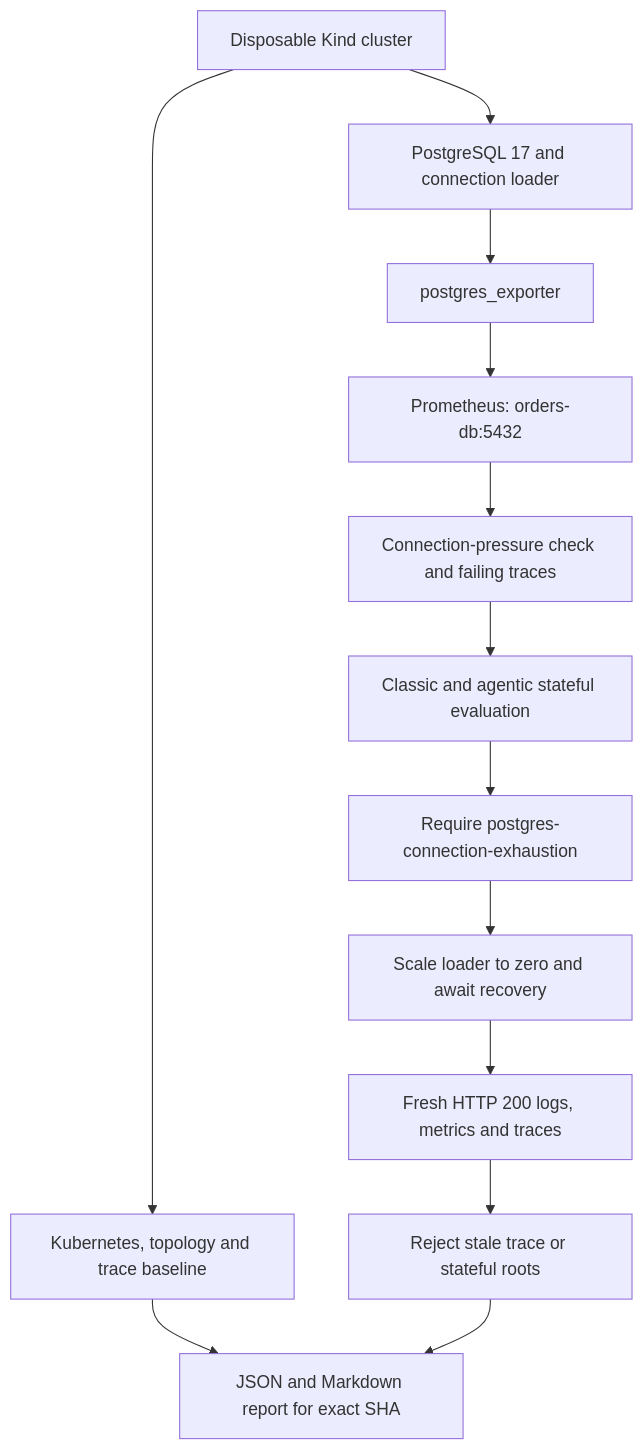
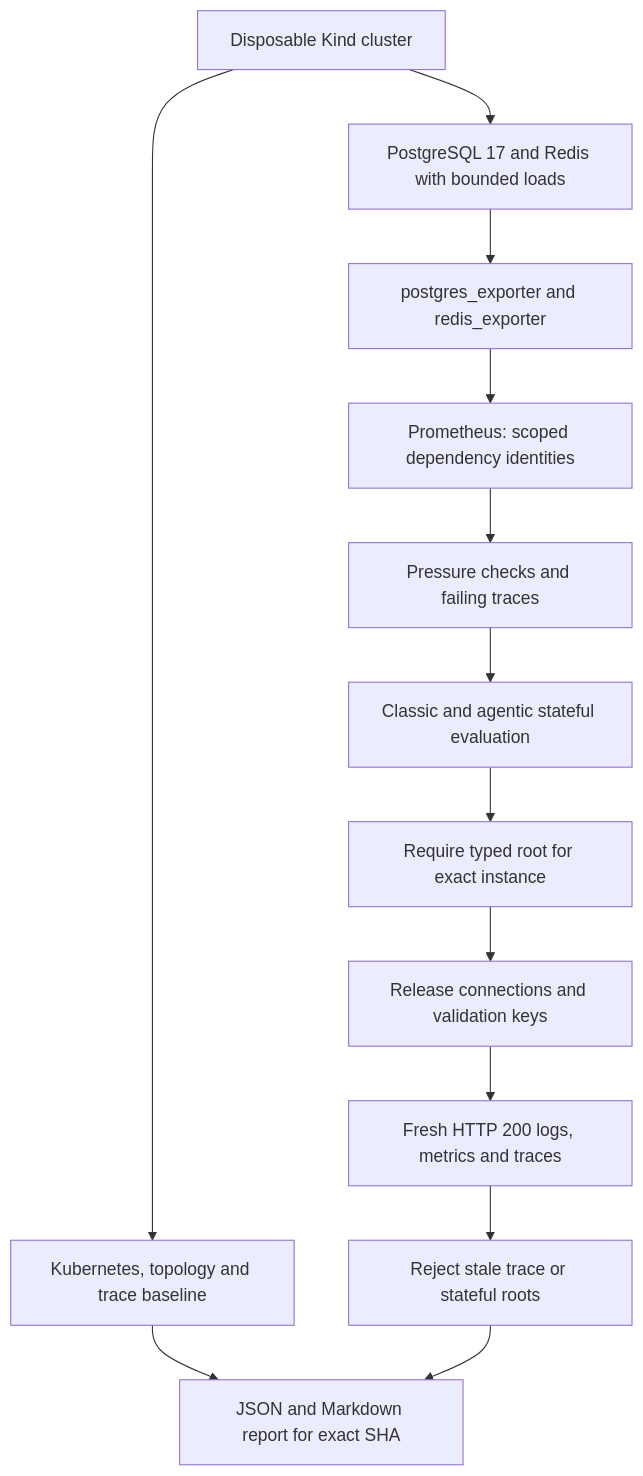
Diagram 28 of 28 in docs/architecture.md (marcocristofolini/ai-sre-rca), drawn with Mermaid before and after one commit. The commit also changed other lines of this file and 16 other files, not shown here.

Commit message:
test: validate real Redis memory pressure and recovery in rc.3

````diff
--- a/docs/architecture.md
+++ b/docs/architecture.md
@@ -721,15 +721,15 @@
 ```mermaid
 flowchart TD
     KIND["Disposable Kind cluster"] --> BASE["Kubernetes, topology and trace baseline"]
-    KIND --> DB["PostgreSQL 17 and connection loader"]
-    DB --> EXP["postgres_exporter"]
-    EXP --> PROM["Prometheus: orders-db:5432"]
-    PROM --> FAIL["Connection-pressure check and failing traces"]
+    KIND --> DB["PostgreSQL 17 and Redis with bounded loads"]
+    DB --> EXP["postgres_exporter and redis_exporter"]
+    EXP --> PROM["Prometheus: scoped dependency identities"]
+    PROM --> FAIL["Pressure checks and failing traces"]
     FAIL --> RCA["Classic and agentic stateful evaluation"]
-    RCA --> ROOT["Require postgres-connection-exhaustion"]
-    ROOT --> REC["Scale loader to zero and await recovery"]
+    RCA --> ROOT["Require typed root for exact instance"]
+    ROOT --> REC["Release connections and validation keys"]
     REC --> FRESH["Fresh HTTP 200 logs, metrics and traces"]
     FRESH --> VERIFY["Reject stale trace or stateful roots"]
     BASE --> REPORT["JSON and Markdown report for exact SHA"]
     VERIFY --> REPORT
 ```
````
